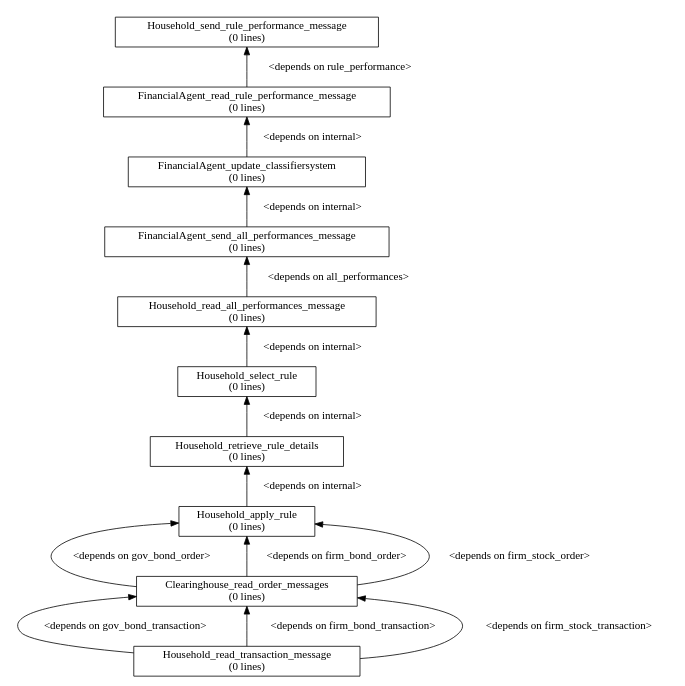
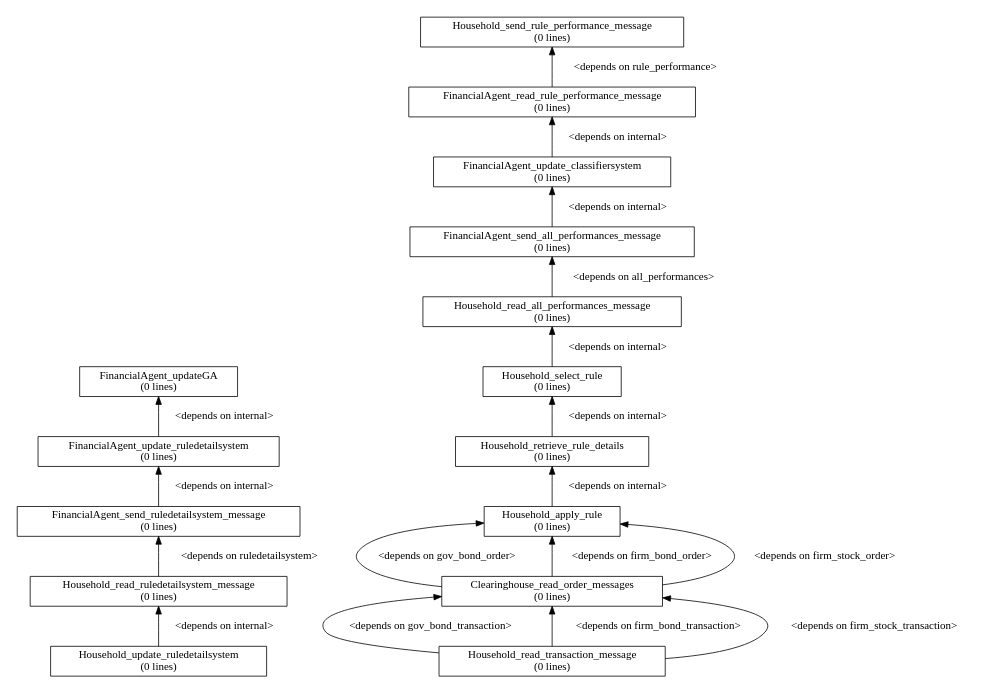
One commit to ETACE/EURACE changed the diagram in models/AFM/afm_branches/initial/portfolio_selection_ewa/dgraph.dot. Above: the diagram before and after it, drawn with Graphviz. The commit also changed 11 other files, not shown here.

Commit message:
corrected the changes done to comply with the parser. produced 5th version of dependency graph.

```diff
--- a/models/AFM/afm_branches/initial/portfolio_selection_ewa/dgraph.dot
+++ b/models/AFM/afm_branches/initial/portfolio_selection_ewa/dgraph.dot
@@ -1,32 +1,41 @@
 digraph dependency_graph {
 	rankdir=BT;
 	size="8,5;"
 	node [shape = rect];
 	
 	/* Functions */
+	FinancialAgent_send_ruledetailsystem_message[height = 0.000000, label = "FinancialAgent_send_ruledetailsystem_message\n(0 lines)"]
+	FinancialAgent_updateGA[height = 0.000000, label = "FinancialAgent_updateGA\n(0 lines)"]
+	FinancialAgent_update_ruledetailsystem[height = 0.000000, label = "FinancialAgent_update_ruledetailsystem\n(0 lines)"]
 	FinancialAgent_send_all_performances_message[height = 0.000000, label = "FinancialAgent_send_all_performances_message\n(0 lines)"]
 	FinancialAgent_update_classifiersystem[height = 0.000000, label = "FinancialAgent_update_classifiersystem\n(0 lines)"]
 	FinancialAgent_read_rule_performance_message[height = 0.000000, label = "FinancialAgent_read_rule_performance_message\n(0 lines)"]
 	Clearinghouse_read_order_messages[height = 0.000000, label = "Clearinghouse_read_order_messages\n(0 lines)"]
 	Household_read_transaction_message[height = 0.000000, label = "Household_read_transaction_message\n(0 lines)"]
+	Household_update_ruledetailsystem[height = 0.000000, label = "Household_update_ruledetailsystem\n(0 lines)"]
+	Household_read_ruledetailsystem_message[height = 0.000000, label = "Household_read_ruledetailsystem_message\n(0 lines)"]
 	Household_apply_rule[height = 0.000000, label = "Household_apply_rule\n(0 lines)"]
 	Household_retrieve_rule_details[height = 0.000000, label = "Household_retrieve_rule_details\n(0 lines)"]
 	Household_select_rule[height = 0.000000, label = "Household_select_rule\n(0 lines)"]
 	Household_read_all_performances_message[height = 0.000000, label = "Household_read_all_performances_message\n(0 lines)"]
 	Household_send_rule_performance_message[height = 0.000000, label = "Household_send_rule_performance_message\n(0 lines)"]
 	
 	/* Dependencies */
+	FinancialAgent_send_ruledetailsystem_message -> FinancialAgent_update_ruledetailsystem [ label = "<depends on internal>" ];
+	FinancialAgent_update_ruledetailsystem -> FinancialAgent_updateGA [ label = "<depends on internal>" ];
 	FinancialAgent_send_all_performances_message -> FinancialAgent_update_classifiersystem [ label = "<depends on internal>" ];
 	FinancialAgent_update_classifiersystem -> FinancialAgent_read_rule_performance_message [ label = "<depends on internal>" ];
 	FinancialAgent_read_rule_performance_message -> Household_send_rule_performance_message [ label = "<depends on rule_performance>" ];
 	Clearinghouse_read_order_messages -> Household_apply_rule [ label = "<depends on gov_bond_order>" ];
 	Clearinghouse_read_order_messages -> Household_apply_rule [ label = "<depends on firm_bond_order>" ];
 	Clearinghouse_read_order_messages -> Household_apply_rule [ label = "<depends on firm_stock_order>" ];
 	Household_read_transaction_message -> Clearinghouse_read_order_messages [ label = "<depends on gov_bond_transaction>" ];
 	Household_read_transaction_message -> Clearinghouse_read_order_messages [ label = "<depends on firm_bond_transaction>" ];
 	Household_read_transaction_message -> Clearinghouse_read_order_messages [ label = "<depends on firm_stock_transaction>" ];
+	Household_update_ruledetailsystem -> Household_read_ruledetailsystem_message [ label = "<depends on internal>" ];
+	Household_read_ruledetailsystem_message -> FinancialAgent_send_ruledetailsystem_message [ label = "<depends on ruledetailsystem>" ];
 	Household_apply_rule -> Household_retrieve_rule_details [ label = "<depends on internal>" ];
 	Household_retrieve_rule_details -> Household_select_rule [ label = "<depends on internal>" ];
 	Household_select_rule -> Household_read_all_performances_message [ label = "<depends on internal>" ];
 	Household_read_all_performances_message -> FinancialAgent_send_all_performances_message [ label = "<depends on all_performances>" ];
 }
```
